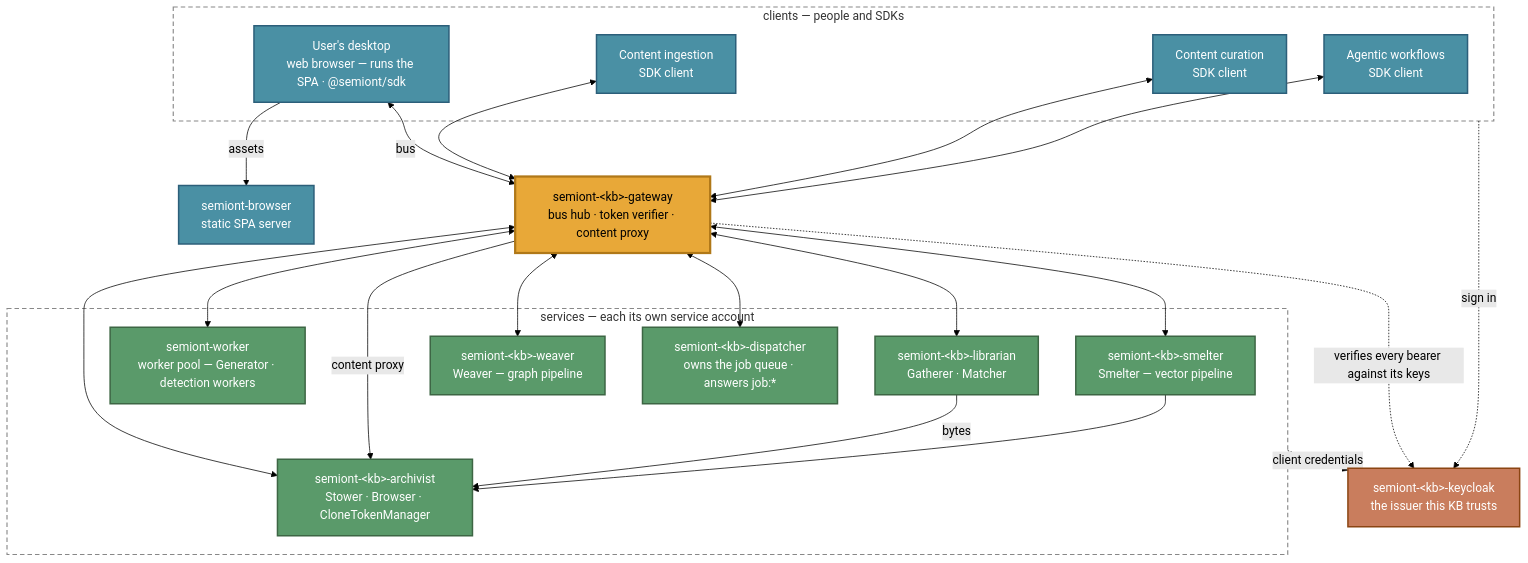
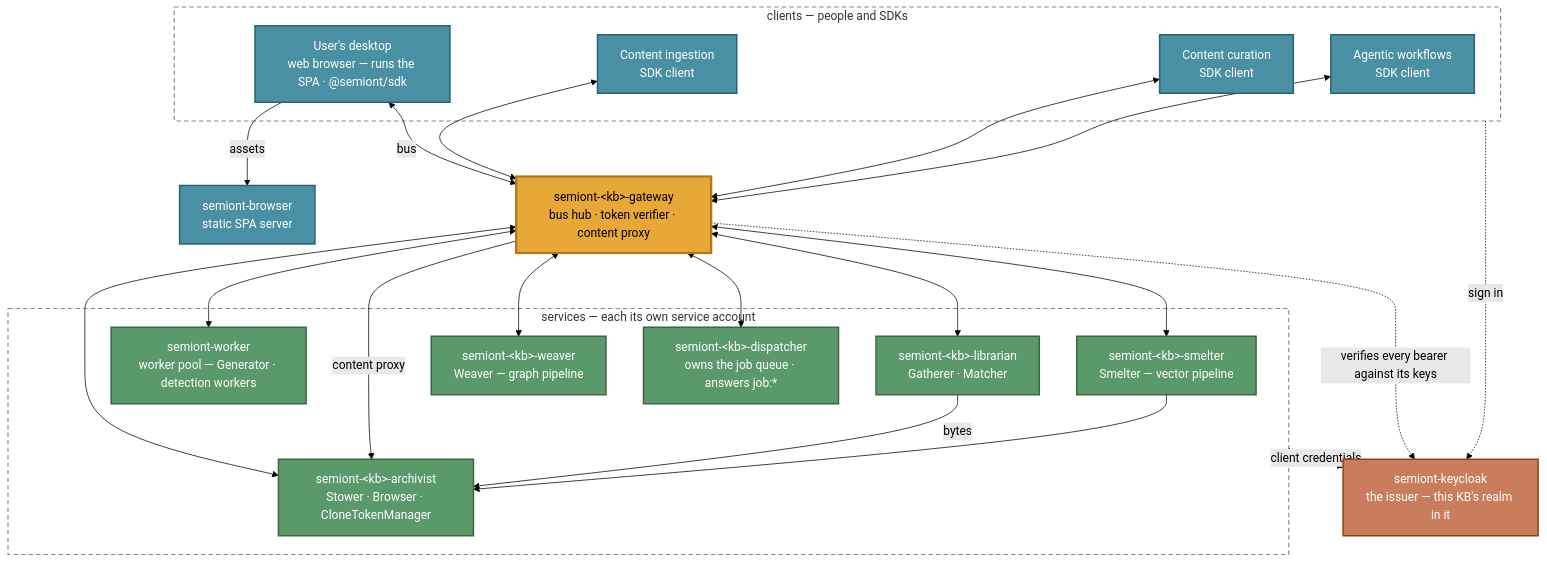
One commit to The-AI-Alliance/semiont changed the first of 2 diagrams in docs/operator/CONTAINER-TOPOLOGY.md. Above: the diagram before and after it, drawn with Mermaid (forest theme). The commit also changed other lines of this file and 93 other files, not shown here.

````diff
--- a/docs/operator/CONTAINER-TOPOLOGY.md
+++ b/docs/operator/CONTAINER-TOPOLOGY.md
@@ -26,55 +26,55 @@
 ```mermaid
 graph TB
     subgraph CLIENTS ["clients — people and SDKs"]
         USER["User's desktop<br/>web browser — runs the SPA · @semiont/sdk"]
         INGEST["Content ingestion<br/>SDK client"]
         CURATE["Content curation<br/>SDK client"]
         AGENT["Agentic workflows<br/>SDK client"]
     end
 
     BROWSERC["semiont-browser<br/>static SPA server"]
     GW["semiont-&lt;kb&gt;-gateway<br/>bus hub · token verifier · content proxy"]
-    KC["semiont-&lt;kb&gt;-keycloak<br/>the issuer this KB trusts"]
+    KC["semiont-keycloak<br/>the issuer — this KB's realm in it"]
 
     subgraph SERVICES ["services — each its own service account"]
         LIB["semiont-&lt;kb&gt;-librarian<br/>Gatherer · Matcher"]
         WORKER["semiont-worker<br/>worker pool — Generator · detection workers"]
         SMELT["semiont-&lt;kb&gt;-smelter<br/>Smelter — vector pipeline"]
         WEAVE["semiont-&lt;kb&gt;-weaver<br/>Weaver — graph pipeline"]
         ARCH["semiont-&lt;kb&gt;-archivist<br/>Stower · Browser · CloneTokenManager"]
         DISP["semiont-&lt;kb&gt;-dispatcher<br/>owns the job queue · answers job:*"]
     end
 
     USER -->|assets| BROWSERC
     USER <-->|bus| GW
     INGEST <--> GW
     CURATE <--> GW
     AGENT <--> GW
 
     GW <--> LIB
     GW <--> WORKER
     GW <--> SMELT
     GW <--> WEAVE
     GW <--> ARCH
     GW <--> DISP
 
     GW -->|content proxy| ARCH
     LIB -->|bytes| ARCH
     SMELT --> ARCH
 
     CLIENTS -.->|sign in| KC
     SERVICES -.->|client credentials| KC
     GW -.->|verifies every bearer against its keys| KC
 
     classDef client fill:#4a90a4,stroke:#2c5f7a,stroke-width:2px,color:#fff
     classDef svc fill:#5a9a6a,stroke:#3d6644,stroke-width:2px,color:#fff
     classDef hub fill:#e8a838,stroke:#b07818,stroke-width:3px,color:#000
     classDef infra fill:#c97d5d,stroke:#8b4513,stroke-width:2px,color:#fff
 
     class USER,INGEST,CURATE,AGENT,BROWSERC client
     class LIB,WORKER,SMELT,WEAVE,ARCH,DISP svc
     class GW hub
     class KC infra
     style CLIENTS fill:none,stroke:#888,stroke-width:1.5px,stroke-dasharray:6 4
     style SERVICES fill:none,stroke:#888,stroke-width:1.5px,stroke-dasharray:6 4
 ```
````
